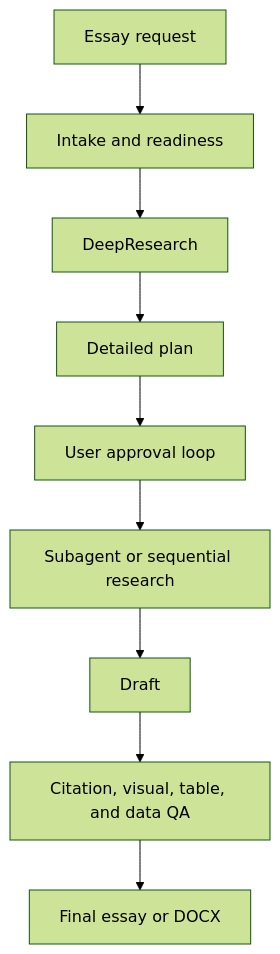
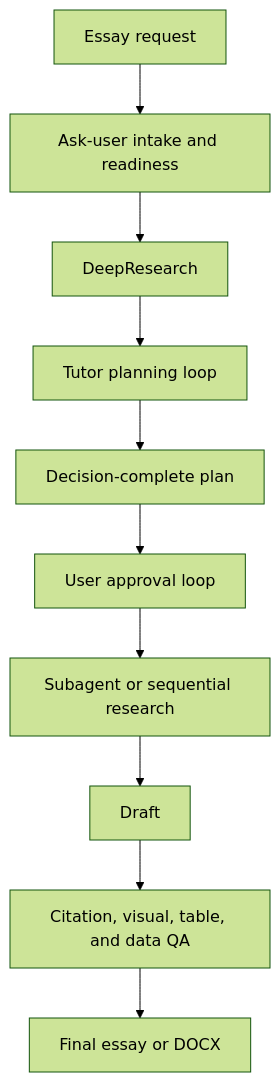
The diagram in README.md (OctavianYimingZhang/Essay-Tutor), drawn with Mermaid (forest theme) before and after one commit. The commit also changed other lines of this file and 6 other files, not shown here.

Commit message:
Improve essay tutor interaction flow

````diff
--- a/README.md
+++ b/README.md
@@ -41,11 +42,12 @@
 ```mermaid
 flowchart TD
-    A["Essay request"] --> B["Intake and readiness"]
+    A["Essay request"] --> B["Ask-user intake and readiness"]
     B --> C["DeepResearch"]
-    C --> D["Detailed plan"]
-    D --> E["User approval loop"]
-    E --> F["Subagent or sequential research"]
-    F --> G["Draft"]
-    G --> H["Citation, visual, table, and data QA"]
-    H --> I["Final essay or DOCX"]
+    C --> D["Tutor planning loop"]
+    D --> E["Decision-complete plan"]
+    E --> F["User approval loop"]
+    F --> G["Subagent or sequential research"]
+    G --> H["Draft"]
+    H --> I["Citation, visual, table, and data QA"]
+    I --> J["Final essay or DOCX"]
 ```
````
